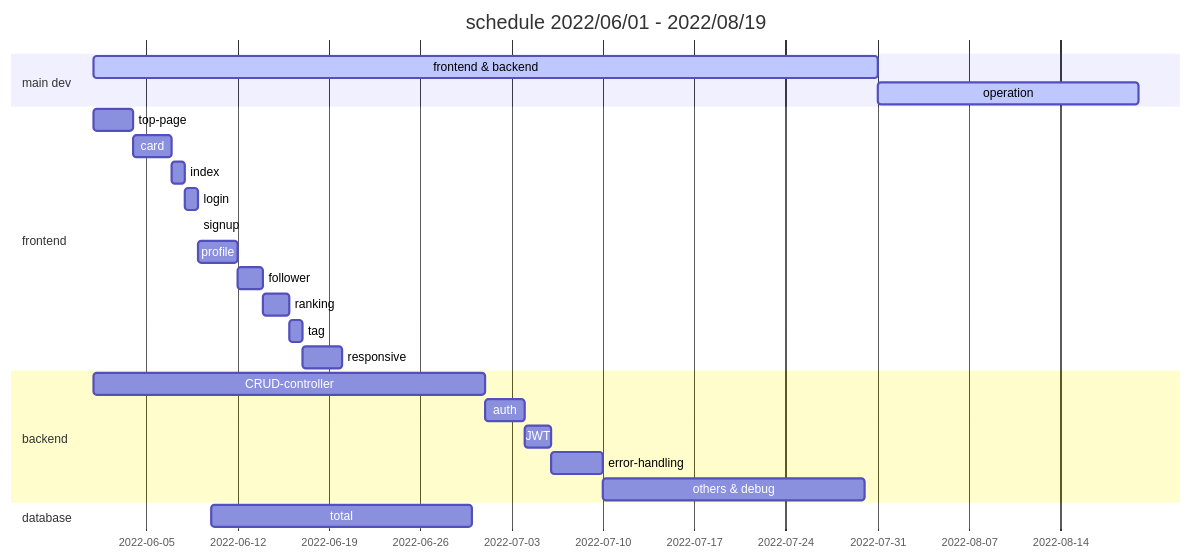
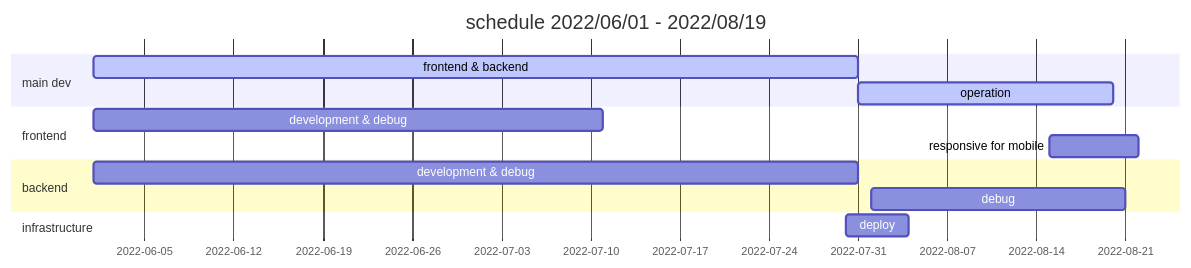
Before and after one commit to AkihitoNakano/web-portfolio: the first of 8 diagrams in README.md, drawn with Mermaid. The commit also changed other lines of this file and 3 other files, not shown here.

````diff
--- a/README.md
+++ b/README.md
@@ -251,32 +251,22 @@
 ```mermaid
 gantt
 title schedule 2022/06/01 - 2022/08/19
 dateFormat YYYY-MM-DD
 section main dev
 frontend & backend         : active, dev, 2022-06-01, 60d
 operation      : active, op, 2022-07-31, 20d
 
 section frontend
-top-page: 2022-06-01, 3d
-card: 3d
-index: 1d
-login: 1d
-signup: id
-profile: 3d
-follower: 2d
-ranking: 2d
-tag: 1d
-responsive: 3d
+development & debug: 2022-06-01, 40d
+responsive for mobile:  2022-08-15, 7d
 
 section backend
-CRUD-controller: 2022-06-01,30d
-auth: 3d
-JWT: 2d
-error-handling: 4d
-others & debug: 20d
+development & debug: 2022-06-01,60d
+debug: 2022-08-01,20d
 
 
 
-section database
-total        : 2022-06-10, 20d
+
+section infrastructure
+deploy        : 2022-07-30, 5d
 ```
````
